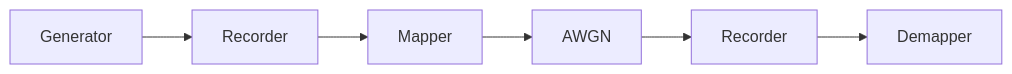
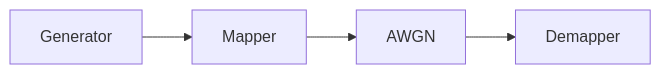
Before and after one commit to vincentchoqueuse/comnumpy: the diagram in docs/getting_started/first_simulation.rst, drawn with Mermaid. The commit also changed other lines of this file and 60 other files, not shown here.

```diff
--- a/docs/getting_started/first_simulation.rst
+++ b/docs/getting_started/first_simulation.rst
@@ -67,8 +67,6 @@
 .. mermaid::
 
    graph LR;
-      A[Generator] --> B[Recorder];
-      B --> C[Mapper];
-      C --> D[AWGN];
-      D --> E[Recorder];
-      E --> F[Demapper];
+      A[Generator] --> B[Mapper];
+      B --> C[AWGN];
+      C --> D[Demapper];
```
